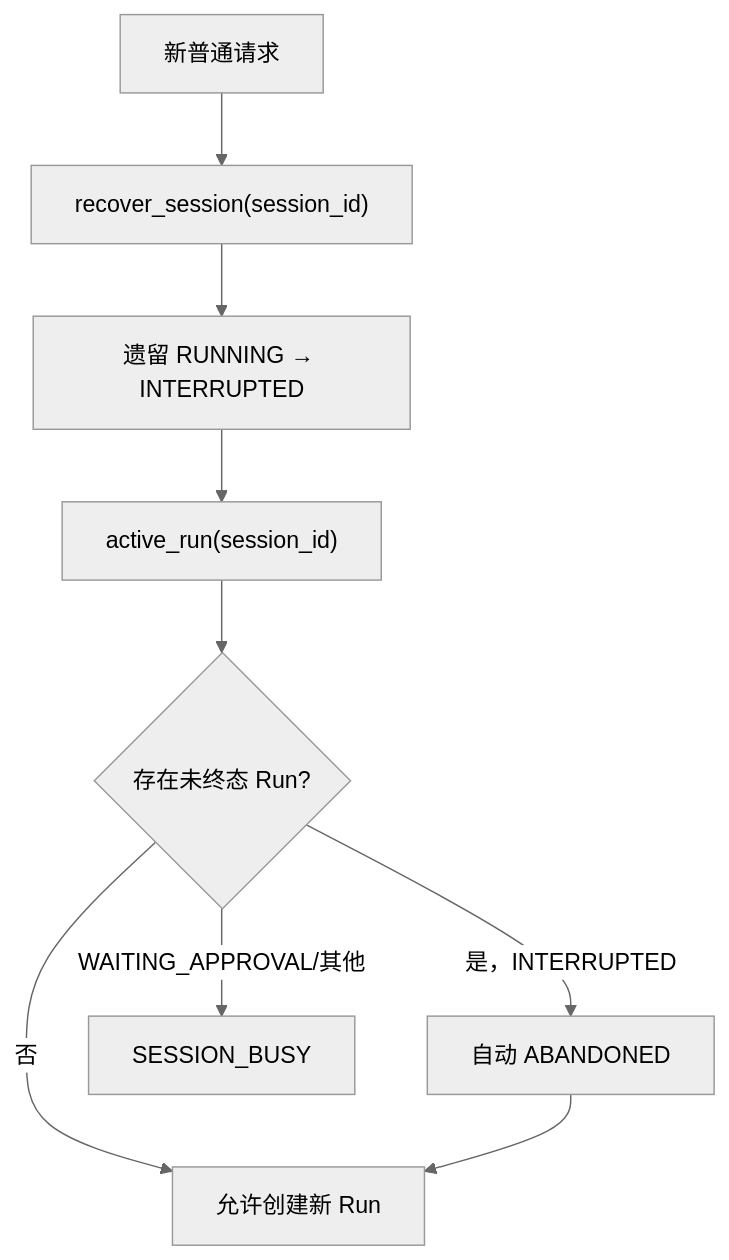
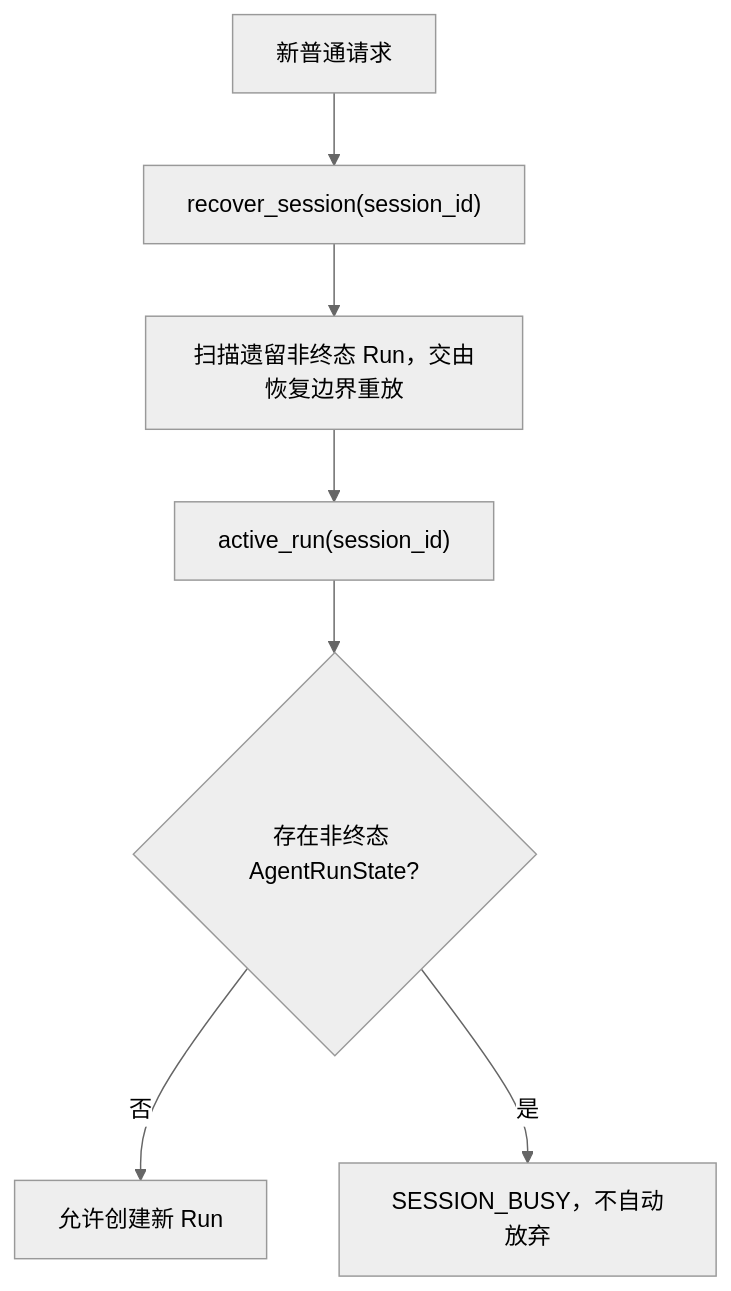
The tenth of 22 diagrams in docs/wiki/Session 模块总体说明.md (aandbcct/dotClaw), drawn with Mermaid (neutral theme) before and after one commit. The commit also changed other lines of this file and 12 other files, not shown here.

````diff
--- a/docs/wiki/Session 模块总体说明.md
+++ b/docs/wiki/Session 模块总体说明.md
@@ -1191,11 +1190,9 @@
 ```mermaid
 flowchart TD
     New["新普通请求"] --> Recover["recover_session(session_id)"]
-    Recover --> Running["遗留 RUNNING → INTERRUPTED"]
-    Running --> Active["active_run(session_id)"]
-    Active --> None{"存在未终态 Run?"}
+    Recover --> Scan["扫描遗留非终态 Run，交由恢复边界重放"]
+    Scan --> Active["active_run(session_id)"]
+    Active --> None{"存在非终态 AgentRunState?"}
     None -->|否| Allow["允许创建新 Run"]
-    None -->|是，INTERRUPTED| Abandon["自动 ABANDONED"]
-    Abandon --> Allow
-    None -->|WAITING_APPROVAL/其他| Busy["SESSION_BUSY"]
+    None -->|是| Busy["SESSION_BUSY，不自动放弃"]
 ```
````
